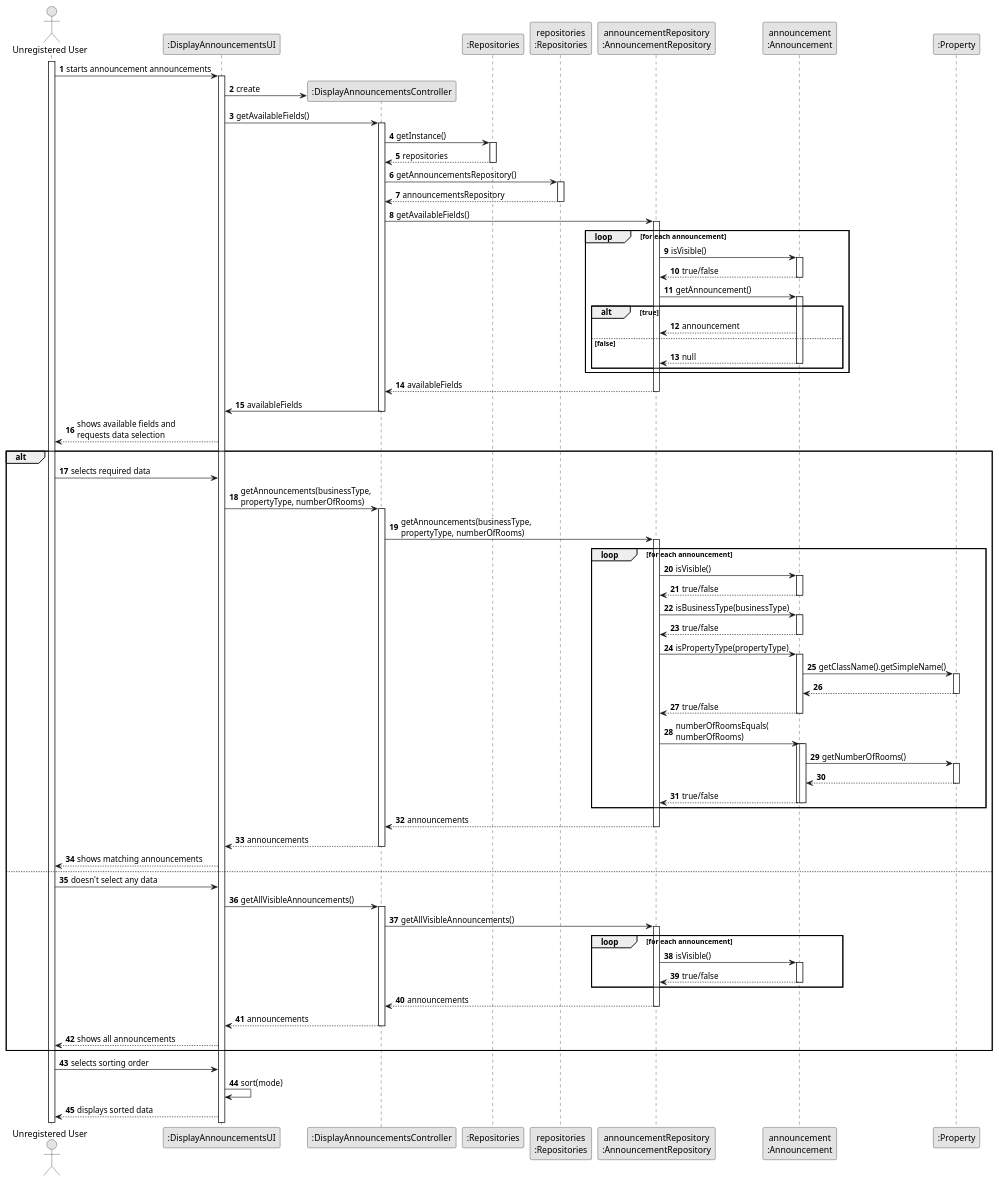
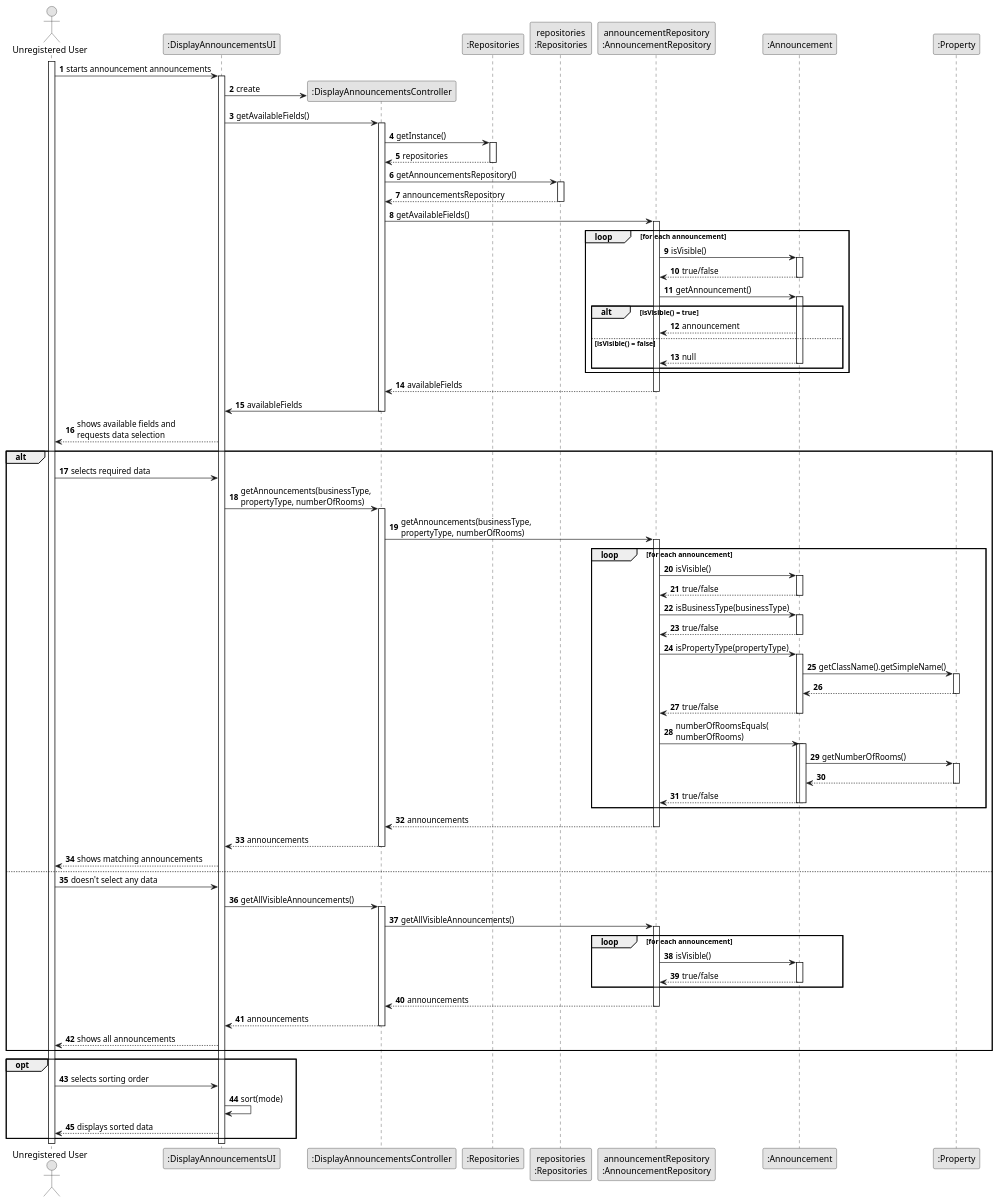
One commit to tiagohcorreia/LAPR2 changed the diagram in docs/sprintB/US001/03.design/puml/us001-sequence-diagram-full.puml. Above: the diagram before and after it, drawn with PlantUML. The commit also changed 3 other files, not shown here.

Commit message:
US1 - Updated the design rationale and some diagrams

```diff
--- a/docs/sprintB/US001/03.design/puml/us001-sequence-diagram-full.puml
+++ b/docs/sprintB/US001/03.design/puml/us001-sequence-diagram-full.puml
@@ -1,128 +1,127 @@
 @startuml
 skinparam monochrome true
 skinparam packageStyle rectangle
 skinparam shadowing false
 
 autonumber
 
 'hide footbox
 actor "Unregistered User" as UR
 participant ":DisplayAnnouncementsUI" as UI
 participant ":DisplayAnnouncementsUI" as UI
 participant ":DisplayAnnouncementsController" as CTRL
 participant ":Repositories" as reposclass
 participant "repositories\n:Repositories" as repositories
 participant "announcementRepository\n:AnnouncementRepository" as ARepo
-participant "announcement\n:Announcement" as announcement
+'participant "announcement\n:Announcement" as announcement
+participant ":Announcement" as announcement
 participant ":Property" as prop
 
 
 
 activate UR
 UR -> UI: starts announcement announcements
 activate UI
 UI -> CTRL**: create
 UI -> CTRL: getAvailableFields()
 activate CTRL
 
 CTRL -> reposclass: getInstance()
 activate reposclass
 reposclass --> CTRL: repositories
 deactivate reposclass
 CTRL -> repositories: getAnnouncementsRepository()
 activate repositories
 repositories --> CTRL: announcementsRepository
 deactivate repositories
 CTRL -> ARepo: getAvailableFields()
 activate ARepo
 loop for each announcement
     ARepo -> announcement: isVisible()
     activate announcement
     return true/false
     'ARepo -> announcement: getBusinessType()
     ARepo -> announcement: getAnnouncement()
-    alt true
+    alt isVisible() = true
         activate announcement
         announcement --> ARepo: announcement
-        else false
+        else isVisible() = false
         return null
         deactivate announcement
     end
 end
 ARepo --> CTRL: availableFields
 deactivate ARepo
 
 CTRL -> UI: availableFields
 deactivate CTRL
 
 UI --> UR: shows available fields and\nrequests data selection
 alt
-UR -> UI: selects required data
-UI -> CTRL: getAnnouncements(businessType,\npropertyType, numberOfRooms)
-activate CTRL
-CTRL -> ARepo: getAnnouncements(businessType,\npropertyType, numberOfRooms)
-activate ARepo
-loop for each announcement
-ARepo -> announcement: isVisible()
-activate announcement
-return true/false
-deactivate announcement
-ARepo -> announcement: isBusinessType(businessType)
-activate announcement
-return true/false
-deactivate announcement
+    UR -> UI: selects required data
+    UI -> CTRL: getAnnouncements(businessType,\npropertyType, numberOfRooms)
+    activate CTRL
+    CTRL -> ARepo: getAnnouncements(businessType,\npropertyType, numberOfRooms)
+    activate ARepo
+    loop for each announcement
+        ARepo -> announcement: isVisible()
+        activate announcement
+        return true/false
+        deactivate announcement
+        ARepo -> announcement: isBusinessType(businessType)
+        activate announcement
+        return true/false
+        deactivate announcement
 
-ARepo -> announcement: isPropertyType(propertyType)
-activate announcement
-announcement -> prop: getClassName().getSimpleName()
-activate prop
-return
-return true/false
-deactivate prop
-deactivate announcement
+        ARepo -> announcement: isPropertyType(propertyType)
+        activate announcement
+        announcement -> prop: getClassName().getSimpleName()
+        activate prop
+        return
+        return true/false
+        deactivate prop
+        deactivate announcement
 
-ARepo -> announcement: numberOfRoomsEquals(\nnumberOfRooms)
-activate announcement
-activate announcement
-announcement -> prop: getNumberOfRooms()
-activate prop
-return
+        ARepo -> announcement: numberOfRoomsEquals(\nnumberOfRooms)
+        activate announcement
+        activate announcement
+        announcement -> prop: getNumberOfRooms()
+        activate prop
+        return
 
-return true/false
-deactivate announcement
+        return true/false
+        deactivate announcement
+    end
 
+    ARepo --> CTRL: announcements
+    deactivate ARepo
+    CTRL --> UI: announcements
+    deactivate CTRL
+    UI --> UR: shows matching announcements
+else
+    UR -> UI: doesn't select any data
+    UI -> CTRL: getAllVisibleAnnouncements()
+    activate CTRL
+    CTRL -> ARepo: getAllVisibleAnnouncements()
+    activate ARepo
+    loop for each announcement
+        ARepo -> announcement: isVisible()
+        activate announcement
+        return true/false
+        deactivate announcement
+    end
+    ARepo --> CTRL: announcements
+    deactivate ARepo
 
+    CTRL --> UI: announcements
+    deactivate CTRL
+    UI --> UR: shows all announcements
+end 'ALT fragment end
+
+opt
+    UR -> UI: selects sorting order
+    UI -> UI: sort(mode)
+    UI --> UR: displays sorted data
 end
 
-ARepo --> CTRL: announcements
-deactivate ARepo
-CTRL --> UI: announcements
-deactivate CTRL
-UI --> UR: shows matching announcements
-else
-UR -> UI: doesn't select any data
-UI -> CTRL: getAllVisibleAnnouncements()
-activate CTRL
-CTRL -> ARepo: getAllVisibleAnnouncements()
-activate ARepo
-loop for each announcement
-ARepo -> announcement: isVisible()
-activate announcement
-return true/false
-deactivate announcement
-end
-ARepo --> CTRL: announcements
-deactivate ARepo
-
-CTRL --> UI: announcements
-deactivate CTRL
-UI --> UR: shows all announcements
-
-end 'ALT fragment end
-
-UR -> UI: selects sorting order
-UI -> UI: sort(mode)
-UI --> UR: displays sorted data
-
-
 @enduml
```
